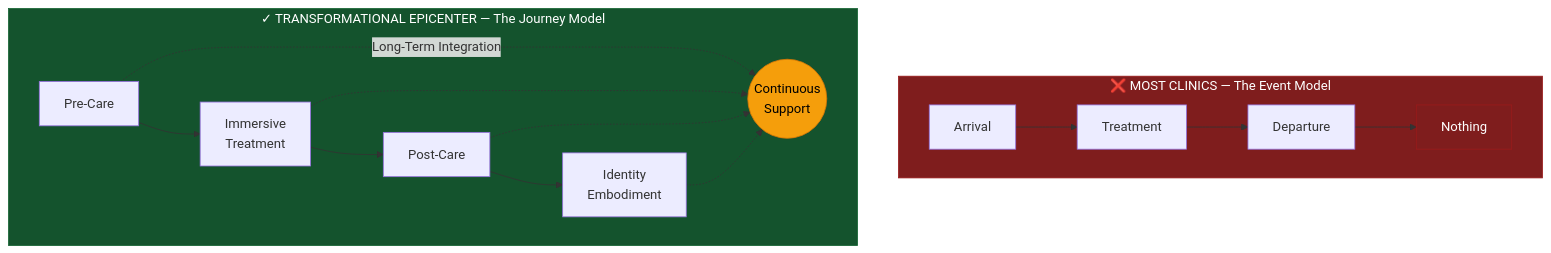
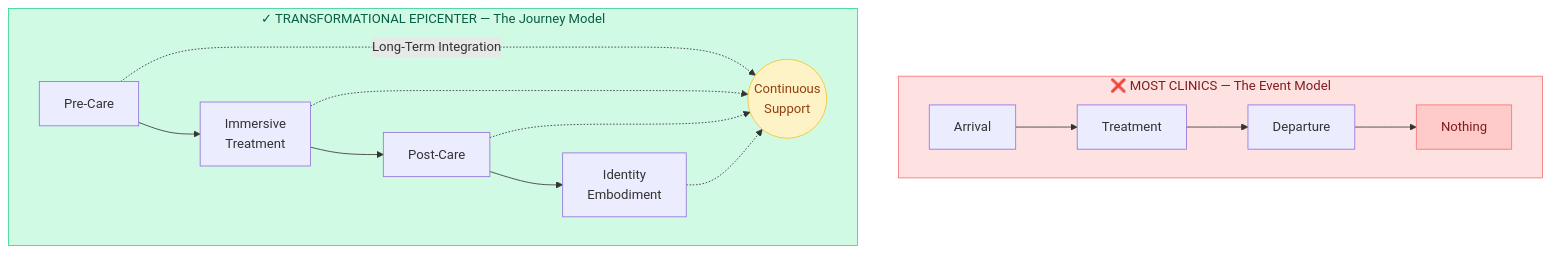
Before and after one commit to Light-Brands/epic-center: the fourth of 13 diagrams in docs/MARKET_RESEARCH.md, drawn with Mermaid. The commit also changed other lines of this file, not shown here.

First line of the commit message:
docs: Update mermaid diagram colors to softer palette

````diff
--- a/docs/MARKET_RESEARCH.md
+++ b/docs/MARKET_RESEARCH.md
@@ -267,22 +267,22 @@
 ```mermaid
 flowchart TB
     subgraph COMPETITORS["❌ MOST CLINICS — The Event Model"]
         direction LR
         A1[Arrival] --> T1[Treatment] --> D1[Departure] --> N1[Nothing]
-        style N1 fill:#7f1d1d,stroke:#991b1b,color:#fff
+        style N1 fill:#fecaca,stroke:#f87171,color:#7f1d1d
     end
 
     subgraph EPICENTER["✓ TRANSFORMATIONAL EPICENTER — The Journey Model"]
         direction LR
         P[Pre-Care] --> T[Immersive<br/>Treatment] --> PC[Post-Care] --> IE[Identity<br/>Embodiment]
 
         P -.->|Long-Term Integration| LTI((Continuous<br/>Support))
         T -.-> LTI
         PC -.-> LTI
         IE -.-> LTI
     end
 
-    style COMPETITORS fill:#7f1d1d,stroke:#991b1b,color:#fff
-    style EPICENTER fill:#14532d,stroke:#166534,color:#fff
-    style LTI fill:#f59e0b,stroke:#d97706,color:#000
+    style COMPETITORS fill:#fee2e2,stroke:#f87171,color:#7f1d1d
+    style EPICENTER fill:#d1fae5,stroke:#34d399,color:#065f46
+    style LTI fill:#fef3c7,stroke:#fbbf24,color:#92400e
 ```
````
